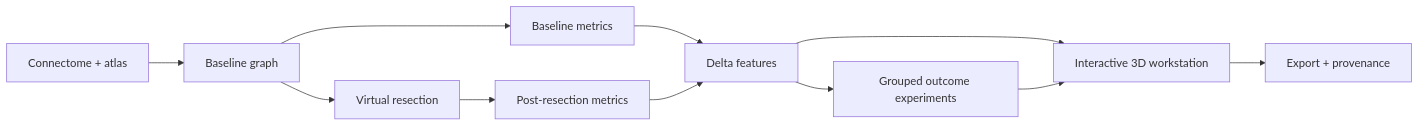
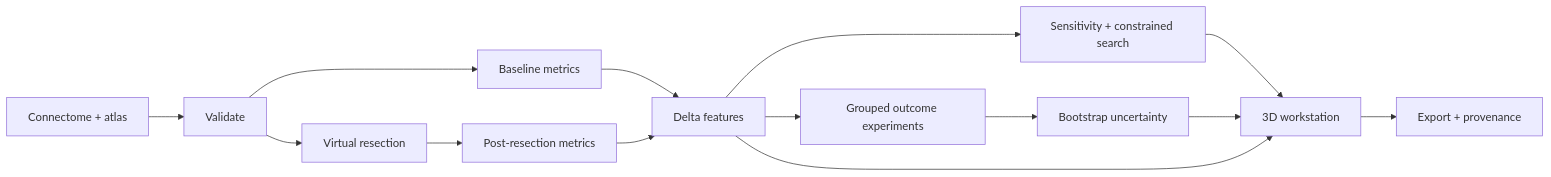
The first of 2 diagrams in README.md (AbhishekNazare/neuroresect), drawn with Mermaid before and after one commit. The commit also changed other lines of this file and 17 other files, not shown here.

````diff
--- a/README.md
+++ b/README.md
@@ -7,13 +75,16 @@
 ```mermaid
 flowchart LR
-    C[Connectome + atlas] --> B[Baseline graph]
-    B --> R[Virtual resection]
-    B --> M[Baseline metrics]
+    C[Connectome + atlas] --> V[Validate]
+    V --> B[Baseline metrics]
+    V --> R[Virtual resection]
     R --> P[Post-resection metrics]
-    M --> D[Delta features]
+    B --> D[Delta features]
     P --> D
-    D --> E[Grouped outcome experiments]
-    D --> V[Interactive 3D workstation]
-    E --> V
-    V --> A[Export + provenance]
+    D --> S[Sensitivity + constrained search]
+    D --> M[Grouped outcome experiments]
+    M --> U[Bootstrap uncertainty]
+    S --> UI[3D workstation]
+    U --> UI
+    D --> UI
+    UI --> X[Export + provenance]
 ```
````
